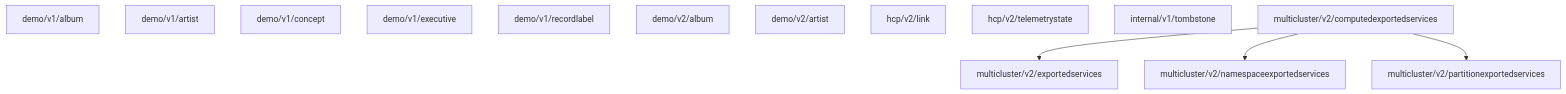
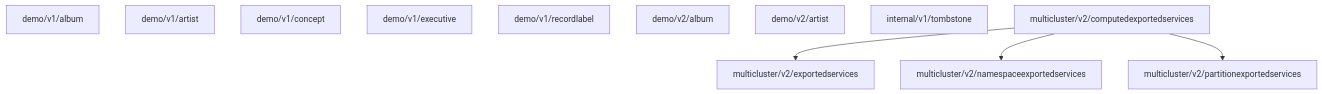
The diagram in agent/consul/testdata/v2-resource-dependencies.md (hashicorp/consul), drawn with Mermaid before and after one commit. The commit also changed 38 other files, not shown here.

First line of the commit message:
v2: remove HCP Link integration

````diff
--- a/agent/consul/testdata/v2-resource-dependencies.md
+++ b/agent/consul/testdata/v2-resource-dependencies.md
@@ -1,19 +1,17 @@
 ```mermaid
 flowchart TD
   demo/v1/album
   demo/v1/artist
   demo/v1/concept
   demo/v1/executive
   demo/v1/recordlabel
   demo/v2/album
   demo/v2/artist
-  hcp/v2/link
-  hcp/v2/telemetrystate
   internal/v1/tombstone
   multicluster/v2/computedexportedservices --> multicluster/v2/exportedservices
   multicluster/v2/computedexportedservices --> multicluster/v2/namespaceexportedservices
   multicluster/v2/computedexportedservices --> multicluster/v2/partitionexportedservices
   multicluster/v2/exportedservices
   multicluster/v2/namespaceexportedservices
   multicluster/v2/partitionexportedservices
 ```
````
